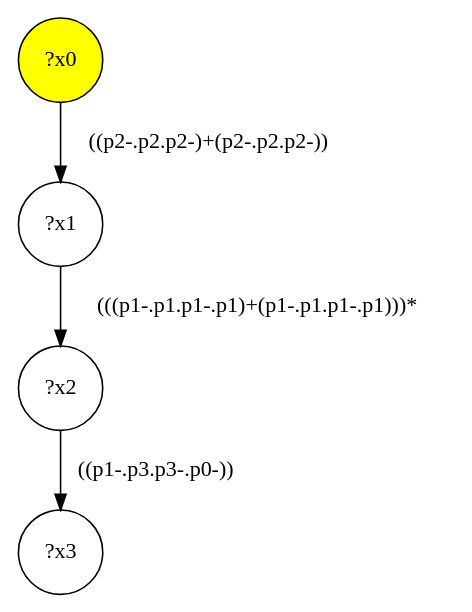
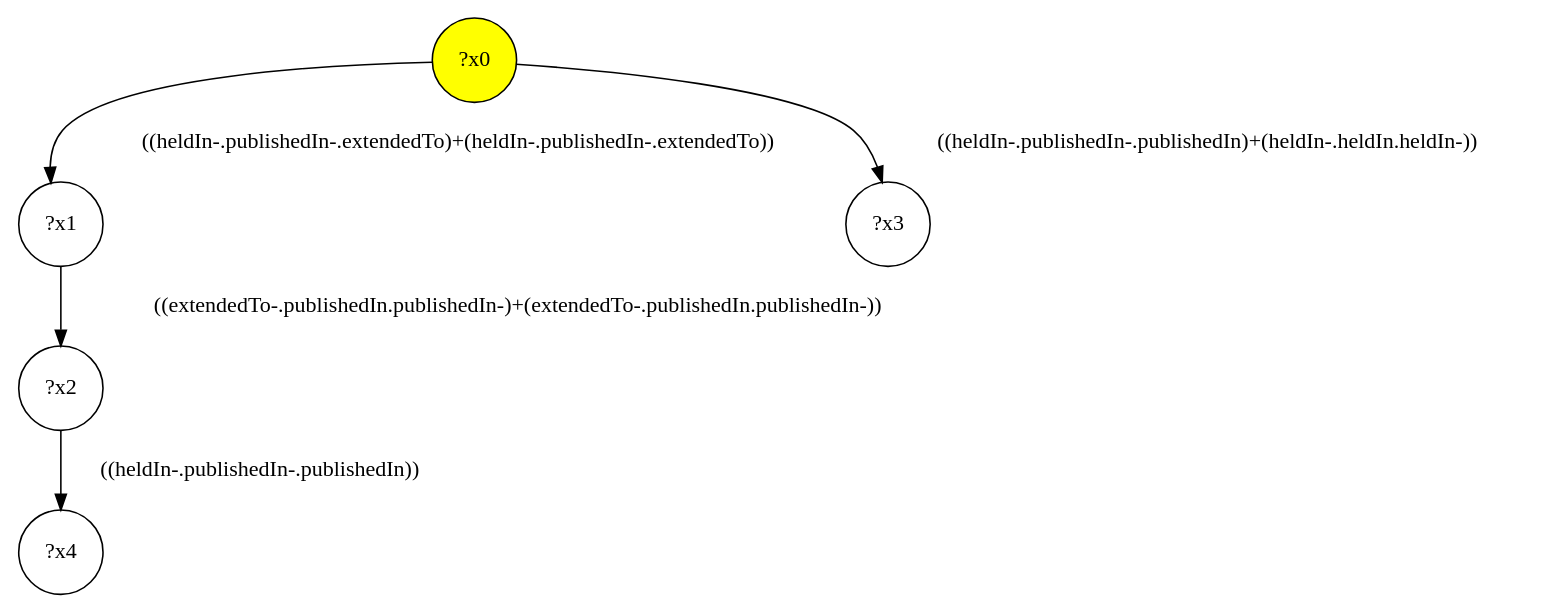
Before and after one commit to gbagan/gmark: the diagram in src/queryinterface/interface-queries/query-4.dot, drawn with Graphviz. The commit also changed 150 other files, not shown here.

```diff
--- a/src/queryinterface/interface-queries/query-4.dot
+++ b/src/queryinterface/interface-queries/query-4.dot
@@ -1,9 +1,11 @@
 digraph g {
 	x0 [fillcolor="yellow", style="filled," shape=circle, label="?x0"];
 	x1 [shape=circle, label="?x1"];
-	x0 -> x1 [label="((p2-.p2.p2-)+(p2-.p2.p2-))"];
+	x0 -> x1 [label="((heldIn-.publishedIn-.extendedTo)+(heldIn-.publishedIn-.extendedTo))"];
 	x2 [shape=circle, label="?x2"];
-	x1 -> x2 [label="(((p1-.p1.p1-.p1)+(p1-.p1.p1-.p1)))*"];
+	x1 -> x2 [label="((extendedTo-.publishedIn.publishedIn-)+(extendedTo-.publishedIn.publishedIn-))"];
 	x3 [shape=circle, label="?x3"];
-	x2 -> x3 [label="((p1-.p3.p3-.p0-))"];
+	x0 -> x3 [label="((heldIn-.publishedIn-.publishedIn)+(heldIn-.heldIn.heldIn-))"];
+	x4 [shape=circle, label="?x4"];
+	x2 -> x4 [label="((heldIn-.publishedIn-.publishedIn))"];
 }
```
